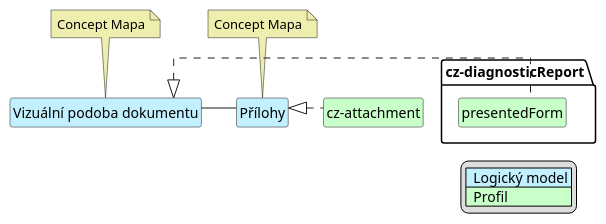
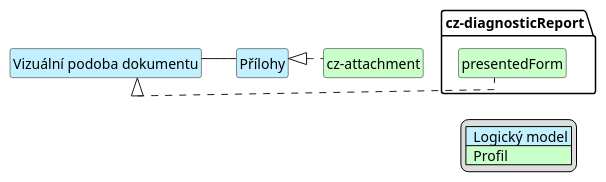
The diagram in input/images-source/imgReportAttach-map-cs.plantuml (HL7-cz/img), drawn with PlantUML before and after one commit. The commit also changed 20 other files, not shown here.

Commit message:
delete concept maps and correction of diagnostic report according to change in eu standard

```diff
--- a/input/images-source/imgReportAttach-map-cs.plantuml
+++ b/input/images-source/imgReportAttach-map-cs.plantuml
@@ -1,37 +1,31 @@
 @startuml
 hide circle
 hide stereotype
 hide members
 hide methods
 skinparam linetype ortho
 skinparam class {
 BackgroundColor<<LogicalModel>> #APPLICATION
 BackgroundColor<<Profile>> #TECHNOLOGY
 }
 legend right
 | <#APPLICATION>  Logický model |
 | <#TECHNOLOGY>  Profil |
 endlegend
 
 class "Vizuální podoba dokumentu" <<LogicalModel>> [[StructureDefinition-PresentedFormCz.html]]
-note top #EEEEAE [[ConceptMap-AttachmentImagingReport2FHIR-cz.html]]
-Concept Mapa
-endnote
 
 class "Přílohy" <<LogicalModel>> [[StructureDefinition-AttachmentsCz.html]]
-note top #EEEEAE [[ConceptMap-AttachmentImagingReport2FHIR-cz.html]]
-Concept Mapa
-endnote
 
 class "cz-diagnosticReport.presentedForm" <<Profile>> [[https://build.fhir.org/ig/HL7-cz/img/StructureDefinition-cz-composition-imaging.html#acc]]
 class "cz-attachment" <<Profile>> [[https://hl7.cz/fhir/core/StructureDefinition-cz-attachment.html]]
 
 "Vizuální podoba dokumentu" -- "Přílohy"
 "Vizuální podoba dokumentu" <|. "cz-diagnosticReport.presentedForm"
 "Přílohy" <|. "cz-attachment"
 
 "Vizuální podoba dokumentu" -r[hidden]-> "Přílohy"
 "Vizuální podoba dokumentu" -d[hidden]-> "cz-diagnosticReport.presentedForm"
 "Přílohy" -d[hidden]-> "cz-attachment"
 
 @enduml
```
